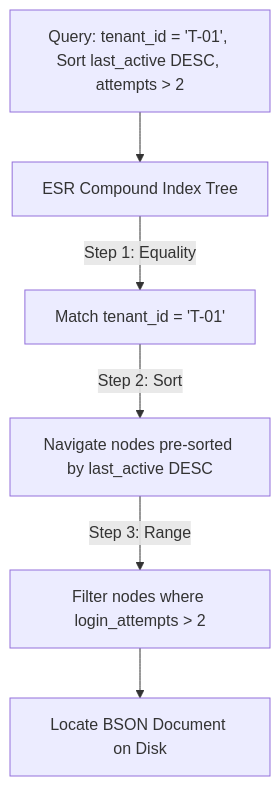
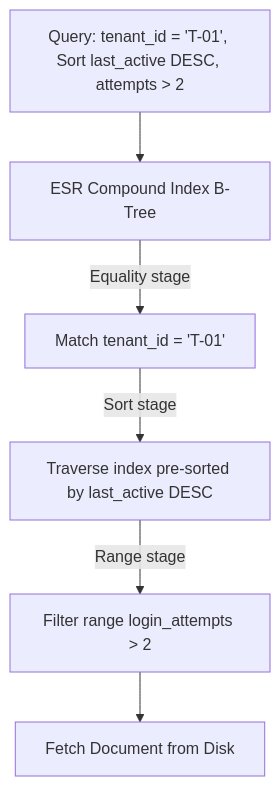
Before and after one commit to BaoTo12/learning-repo: the diagram in courses/spring-mongodb-mastery/modules/05-indexing-and-query-performance.md, drawn with Mermaid. The commit also changed other lines of this file and 598 other files, not shown here.

````diff
--- a/courses/spring-mongodb-mastery/modules/05-indexing-and-query-performance.md
+++ b/courses/spring-mongodb-mastery/modules/05-indexing-and-query-performance.md
@@ -188,8 +37,8 @@
 ```mermaid
 graph TD
-    A[Query: tenant_id = 'T-01', Sort last_active DESC, attempts > 2] --> B[ESR Compound Index Tree]
-    B -->|Step 1: Equality| C["Match tenant_id = 'T-01'"]
-    C -->|Step 2: Sort| D["Navigate nodes pre-sorted by last_active DESC"]
-    D -->|Step 3: Range| E["Filter nodes where login_attempts > 2"]
-    E --> F[Locate BSON Document on Disk]
+    A[Query: tenant_id = 'T-01', Sort last_active DESC, attempts > 2] --> B[ESR Compound Index B-Tree]
+    B -->|Equality stage| C["Match tenant_id = 'T-01'"]
+    C -->|Sort stage| D["Traverse index pre-sorted by last_active DESC"]
+    D -->|Range stage| E["Filter range login_attempts > 2"]
+    E --> F[Fetch Document from Disk]
 ```
````
